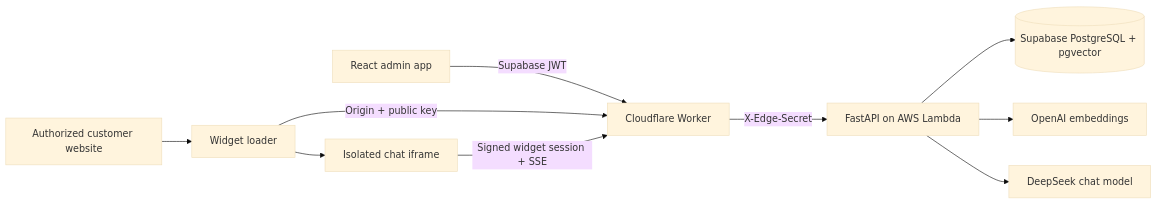
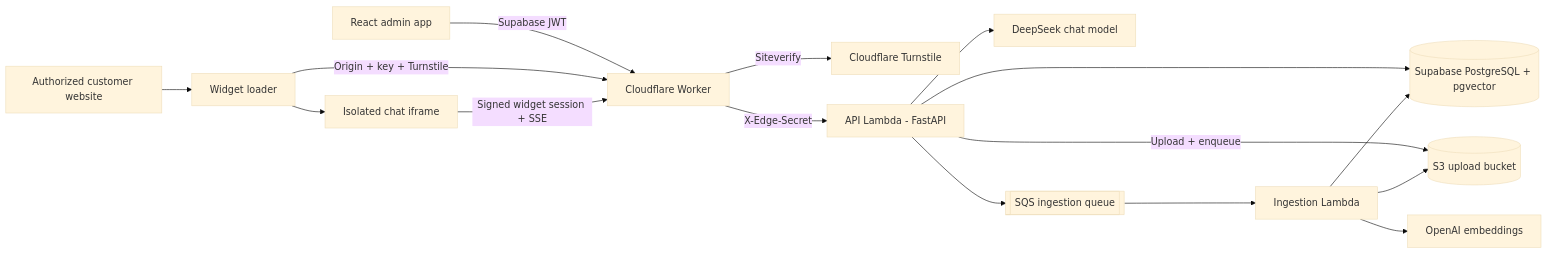
The diagram in README.md (spapafot/frontdesk), drawn with Mermaid (base theme) before and after one commit. The commit also changed other lines of this file, not shown here.

````diff
--- a/README.md
+++ b/README.md
@@ -57,12 +67,18 @@
 ```mermaid
 flowchart LR
     Admin[React admin app] -->|Supabase JWT| Edge[Cloudflare Worker]
     Site[Authorized customer website] --> Loader[Widget loader]
-    Loader -->|Origin + public key| Edge
+    Loader -->|Origin + key + Turnstile| Edge
     Loader --> Iframe[Isolated chat iframe]
     Iframe -->|Signed widget session + SSE| Edge
-    Edge -->|X-Edge-Secret| API[FastAPI on AWS Lambda]
+    Edge -->|Siteverify| TS[Cloudflare Turnstile]
+    Edge -->|X-Edge-Secret| API[API Lambda - FastAPI]
     API --> DB[(Supabase PostgreSQL + pgvector)]
-    API --> Embed[OpenAI embeddings]
     API --> Chat[DeepSeek chat model]
+    API -->|Upload + enqueue| S3[(S3 upload bucket)]
+    API --> Queue[[SQS ingestion queue]]
+    Queue --> Ingest[Ingestion Lambda]
+    Ingest --> S3
+    Ingest --> Embed[OpenAI embeddings]
+    Ingest --> DB
 ```
````
